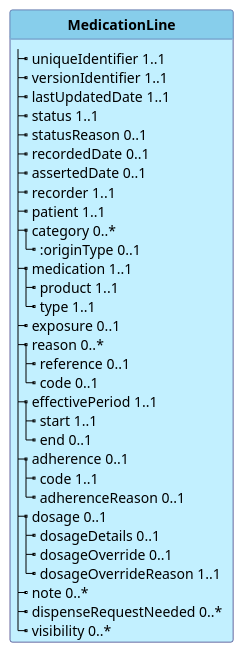
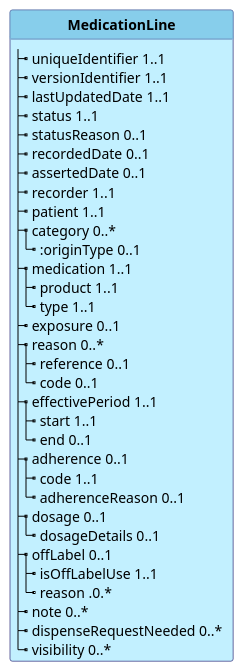
The diagram in input/images-source/be-model-medicationline.plantuml (hl7-be/medication), drawn with PlantUML before and after one commit. The commit also changed 7 other files, not shown here.

First line of the commit message:
rename dosageOverride to offLabel + reorder elements

```diff
--- a/input/images-source/be-model-medicationline.plantuml
+++ b/input/images-source/be-model-medicationline.plantuml
@@ -1,47 +1,48 @@
 @startuml
 skinparam linetype polyline
 hide circle
 hide stereotype
 
 
 skinparam class<<TM>> {
  BorderColor #505090
  BackgroundColor APPLICATION
  HeaderBackgroundColor SkyBlue
 }
 
 
 class "**MedicationLine**" as BELMMedicationLine <<TM>>{
   |_ uniqueIdentifier 1..1   
   |_ versionIdentifier 1..1   
   |_ lastUpdatedDate 1..1   
   |_ status 1..1   
   |_ statusReason 0..1   
   |_ recordedDate 0..1   
   |_ assertedDate 0..1   
   |_ recorder 1..1   
   |_ patient 1..1   
   |_ category 0..*   
     |_ :originType 0..1   
   |_ medication 1..1   
     |_ product 1..1   
     |_ type 1..1   
   |_ exposure 0..1   
   |_ reason 0..*   
     |_ reference 0..1   
     |_ code 0..1   
   |_ effectivePeriod 1..1   
     |_ start 1..1   
     |_ end 0..1   
   |_ adherence 0..1   
     |_ code 1..1   
     |_ adherenceReason 0..1   
   |_ dosage 0..1   
     |_ dosageDetails 0..1   
-    |_ dosageOverride 0..1   
-    |_ dosageOverrideReason 1..1   
+  |_ offLabel 0..1   
+    |_ isOffLabelUse 1..1   
+    |_ reason .0.*   
   |_ note 0..*   
   |_ dispenseRequestNeeded 0..*   
   |_ visibility 0..*   
 }
 @enduml
```
